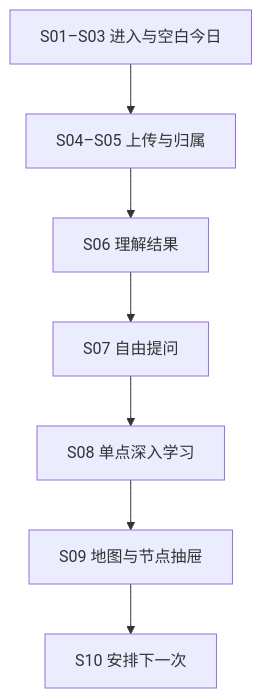
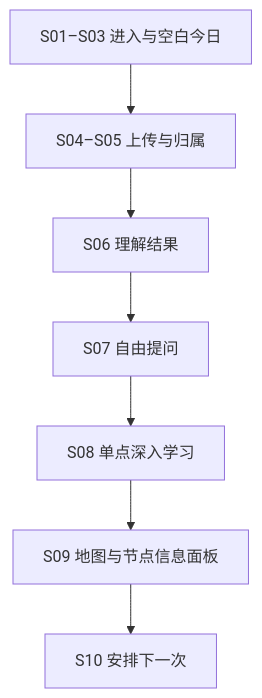
Before and after one commit to Tangzy0121/HarmonyAgent: the third of 3 diagrams in docs/design-system/信息架构与页面结构.md, drawn with Mermaid. The commit also changed other lines of this file and 56 other files, not shown here.

````diff
--- a/docs/design-system/信息架构与页面结构.md
+++ b/docs/design-system/信息架构与页面结构.md
@@ -638,9 +644,9 @@
 ```mermaid
 flowchart TD
     A["S01–S03 进入与空白今日"] --> B["S04–S05 上传与归属"]
     B --> C["S06 理解结果"]
     C --> D["S07 自由提问"]
     D --> E["S08 单点深入学习"]
-    E --> F["S09 地图与节点抽屉"]
+    E --> F["S09 地图与节点信息面板"]
     F --> G["S10 安排下一次"]
 ```
````
